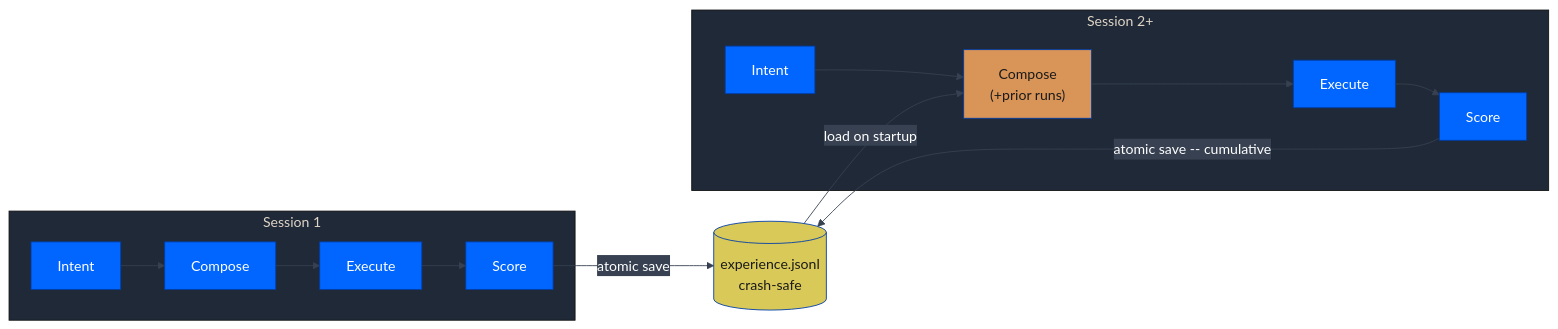
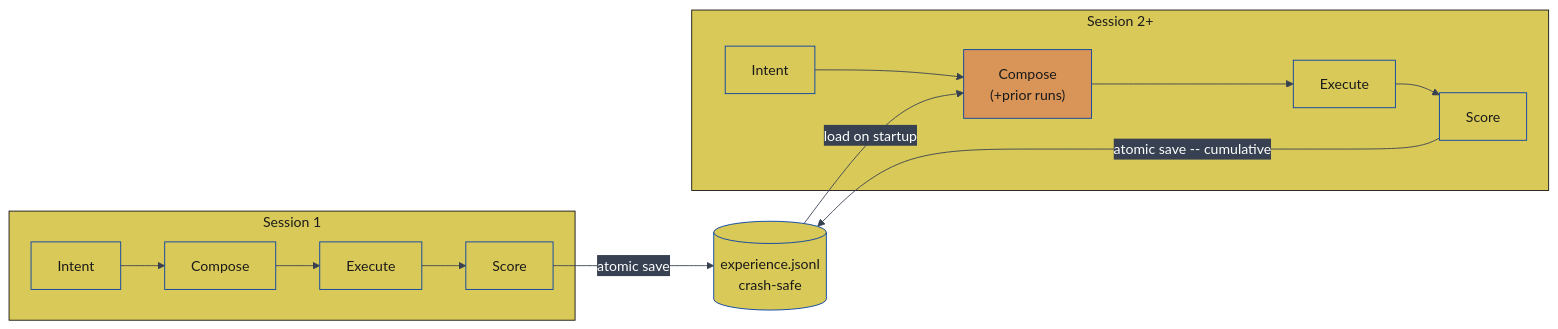
Before and after one commit to JosephOIbrahim/Comfy-Cozy: diagram 11 of 27 in README.md, drawn with Mermaid. The commit also changed other lines of this file, not shown here.

First line of the commit message:
[DOCS] Normalize mermaid palette: force two-tone orange/yellow with black text

````diff
--- a/README.md
+++ b/README.md
@@ -650,16 +672,25 @@
 ```mermaid
 %%{init: {'theme':'base','themeVariables': {'primaryColor':'#0066FF','primaryTextColor':'#ffffff','primaryBorderColor':'#003eaa','lineColor':'#374151','secondaryColor':'#374151','tertiaryColor':'#1f2937','fontFamily':'monospace'}}}%%
 graph LR
     subgraph Session1 ["Session 1"]
         I1["Intent"] --> C1["Compose"] --> E1["Execute"] --> S1["Score"]
     end
     subgraph Session2 ["Session 2+"]
         I2["Intent"] --> C2["Compose<br/>(+prior runs)"] --> E2["Execute"] --> S2["Score"]
     end
     S1 -->|"atomic save"| JSONL[("experience.jsonl<br/>crash-safe")]
     JSONL -->|"load on startup"| C2
     S2 -->|"atomic save -- cumulative"| JSONL
 
     style JSONL fill:#d9c958,color:#1a1a1a
     style C2 fill:#d99458,color:#1a1a1a
+    style Session1 fill:#d9c958,color:#1a1a1a
+    style I1 fill:#d9c958,color:#1a1a1a
+    style C1 fill:#d9c958,color:#1a1a1a
+    style E1 fill:#d9c958,color:#1a1a1a
+    style S1 fill:#d9c958,color:#1a1a1a
+    style Session2 fill:#d9c958,color:#1a1a1a
+    style I2 fill:#d9c958,color:#1a1a1a
+    style E2 fill:#d9c958,color:#1a1a1a
+    style S2 fill:#d9c958,color:#1a1a1a
 ```
````
